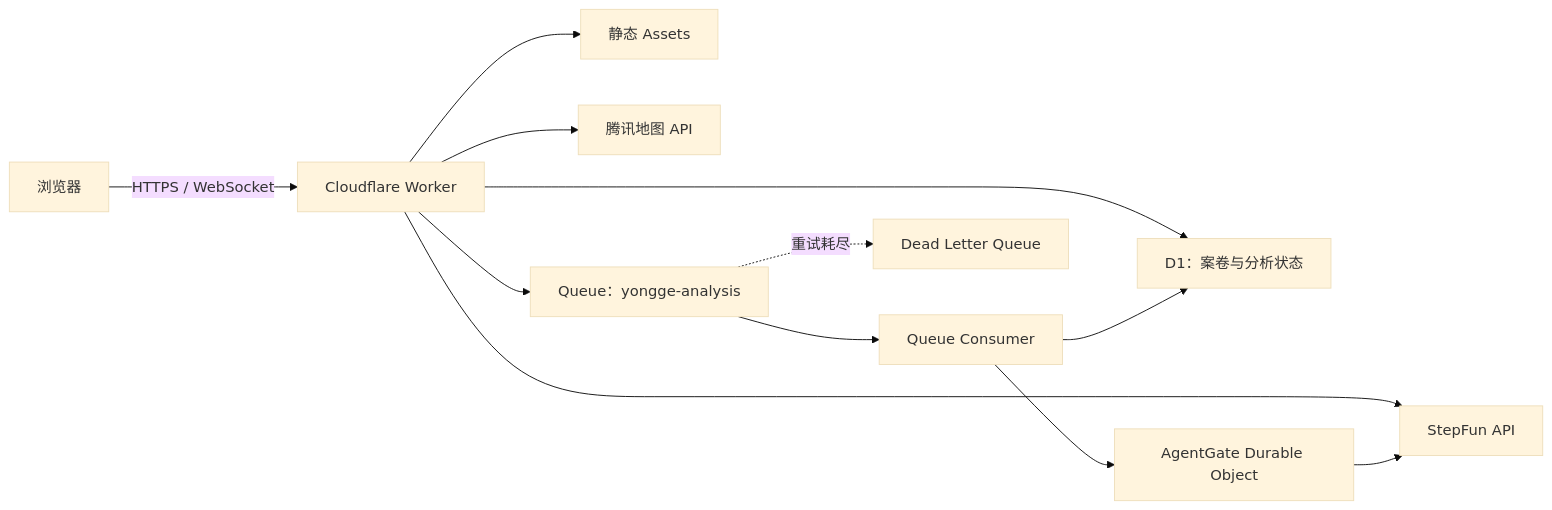
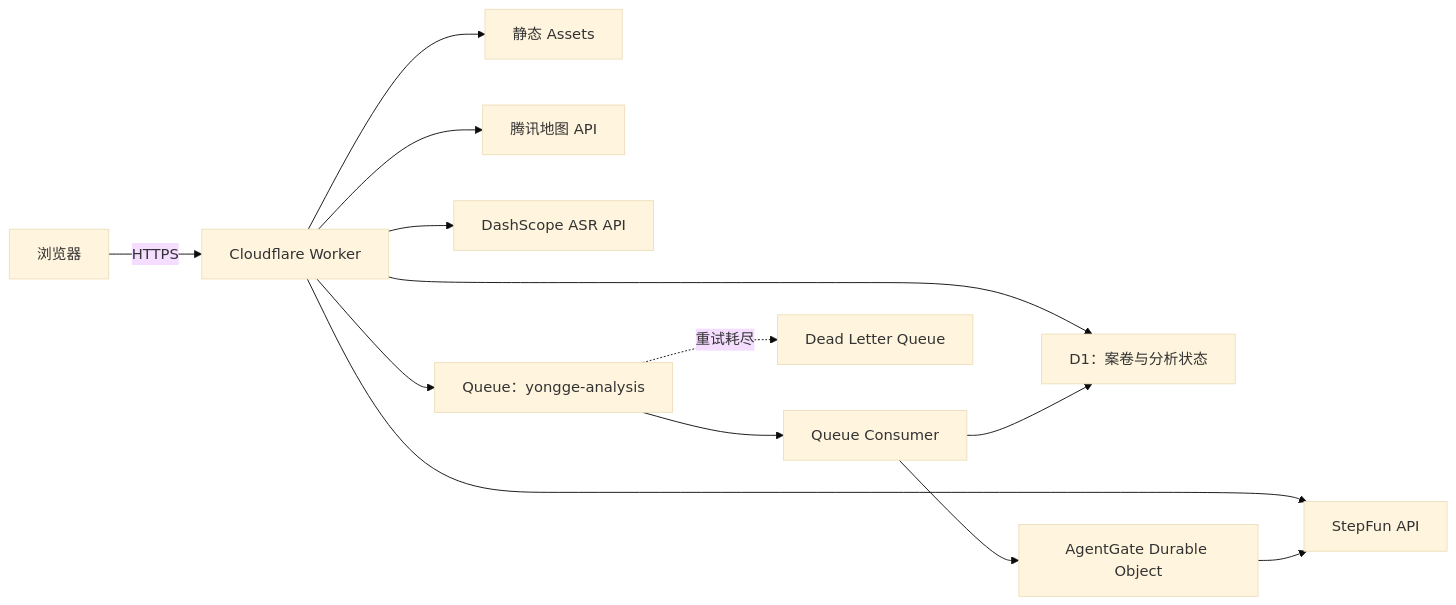
One commit to Vist233/AdventureX-ShopLooker changed the second of 2 diagrams in ARCHITECTURE.md. Above: the diagram before and after it, drawn with Mermaid (base theme). The commit also changed other lines of this file and 13 other files, not shown here.

Commit message:
feat: switch interview ASR to DashScope

````diff
--- a/ARCHITECTURE.md
+++ b/ARCHITECTURE.md
@@ -215,14 +208,15 @@
 ```mermaid
 flowchart LR
-  B["浏览器"] -->|HTTPS / WebSocket| W["Cloudflare Worker"]
+  B["浏览器"] -->|HTTPS| W["Cloudflare Worker"]
   W --> A["静态 Assets"]
   W --> M["腾讯地图 API"]
   W --> SF["StepFun API"]
+  W --> DS["DashScope ASR API"]
   W --> DB["D1：案卷与分析状态"]
   W --> Q["Queue：yongge-analysis"]
   Q --> C["Queue Consumer"]
   C --> G["AgentGate Durable Object"]
   G --> SF
   C --> DB
   Q -. "重试耗尽" .-> DLQ["Dead Letter Queue"]
 ```
````
